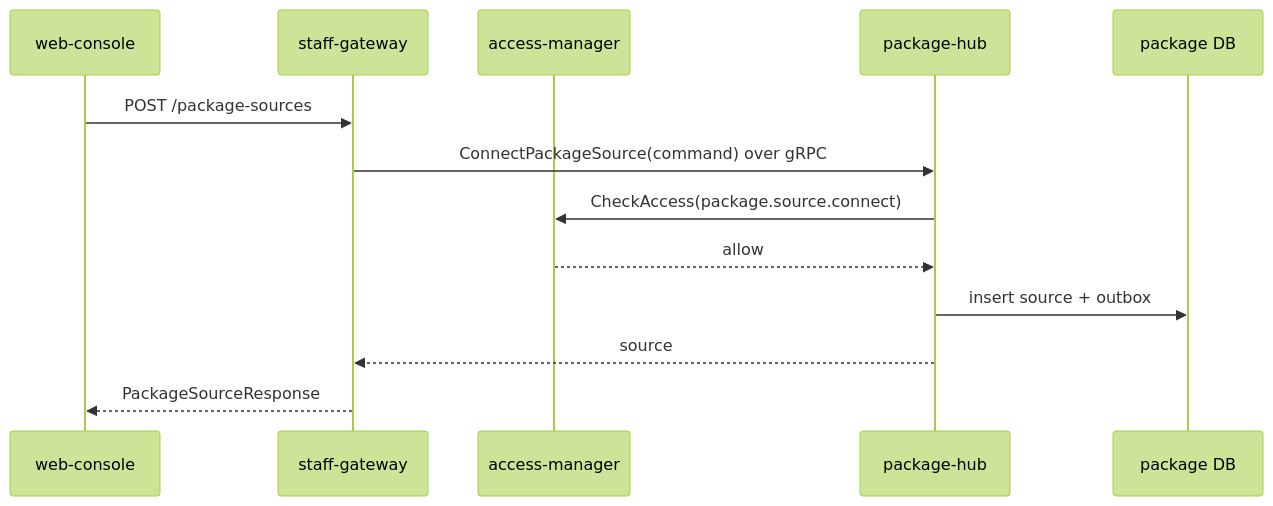
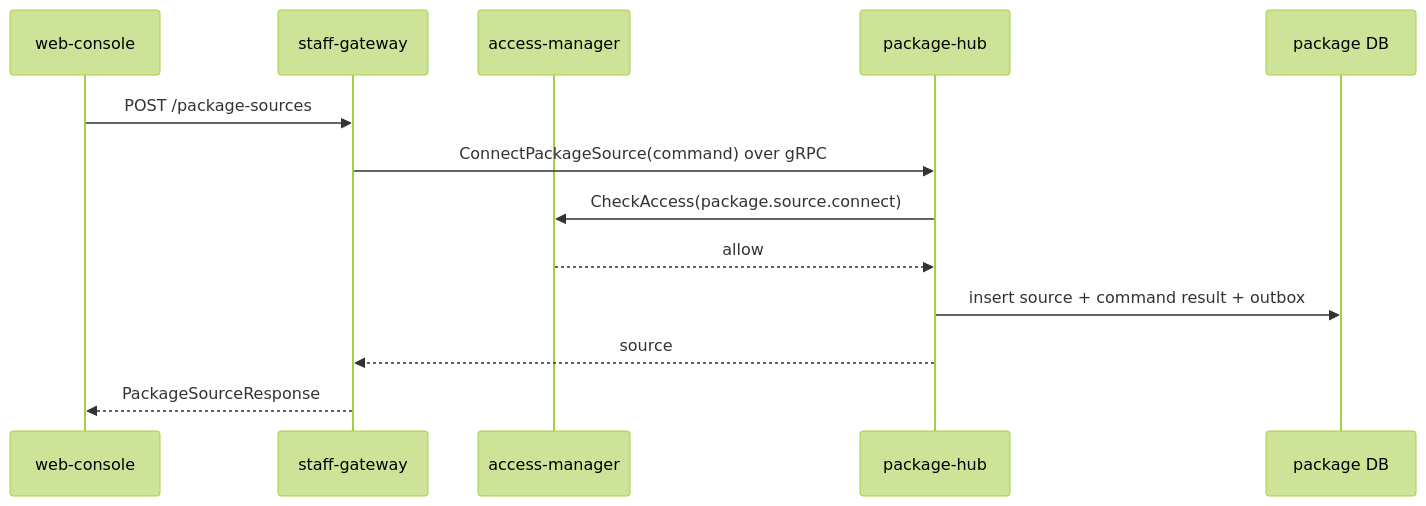
The first of 4 diagrams in docs/domains/package-platform/architecture/design.md (codex-k8s/kodex), drawn with Mermaid (forest theme) before and after one commit. The commit also changed other lines of this file and 20 other files, not shown here.

````diff
--- a/docs/domains/package-platform/architecture/design.md
+++ b/docs/domains/package-platform/architecture/design.md
@@ -69,15 +69,15 @@
 ```mermaid
 sequenceDiagram
   participant UI as web-console
   participant G as staff-gateway
   participant A as access-manager
   participant P as package-hub
   participant DB as package DB
   UI->>G: POST /package-sources
   G->>P: ConnectPackageSource(command) over gRPC
   P->>A: CheckAccess(package.source.connect)
   A-->>P: allow
-  P->>DB: insert source + outbox
+  P->>DB: insert source + command result + outbox
   P-->>G: source
   G-->>UI: PackageSourceResponse
 ```
````
